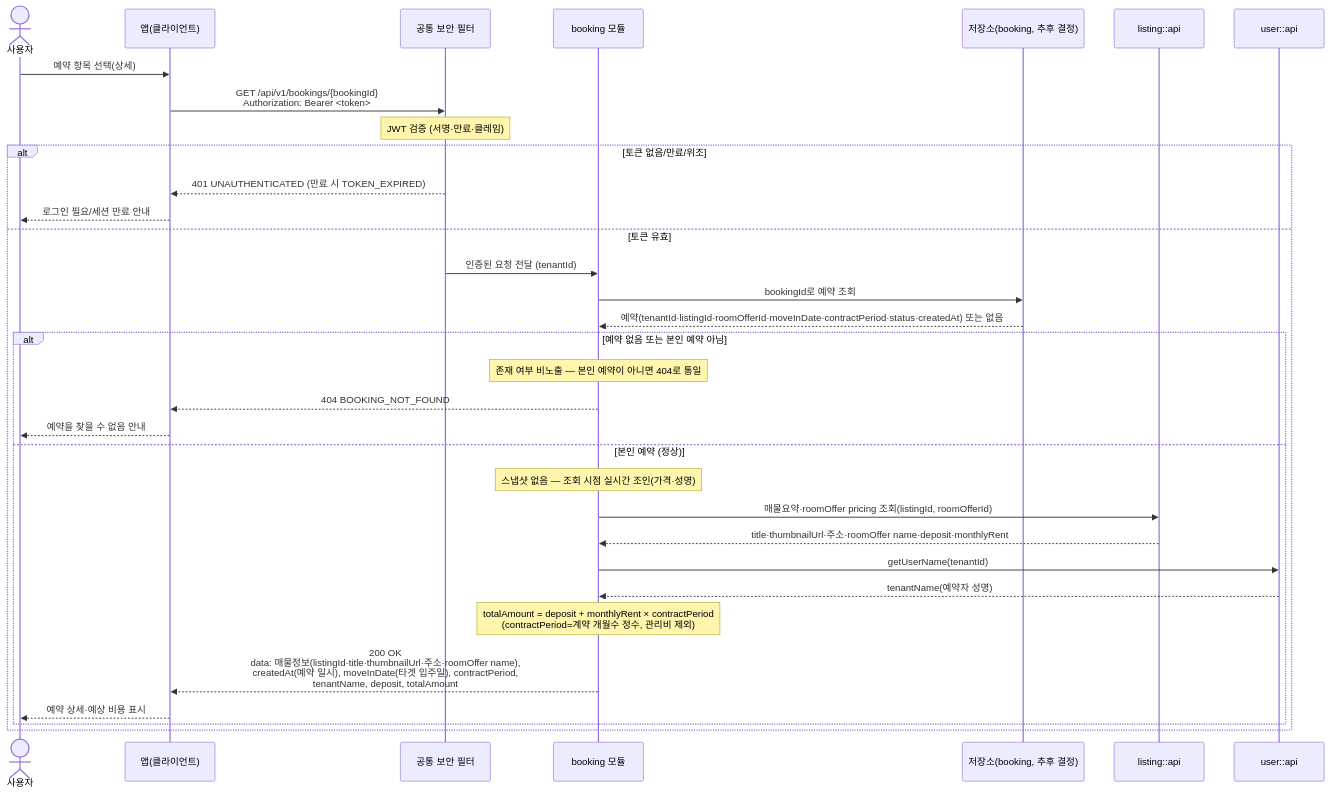
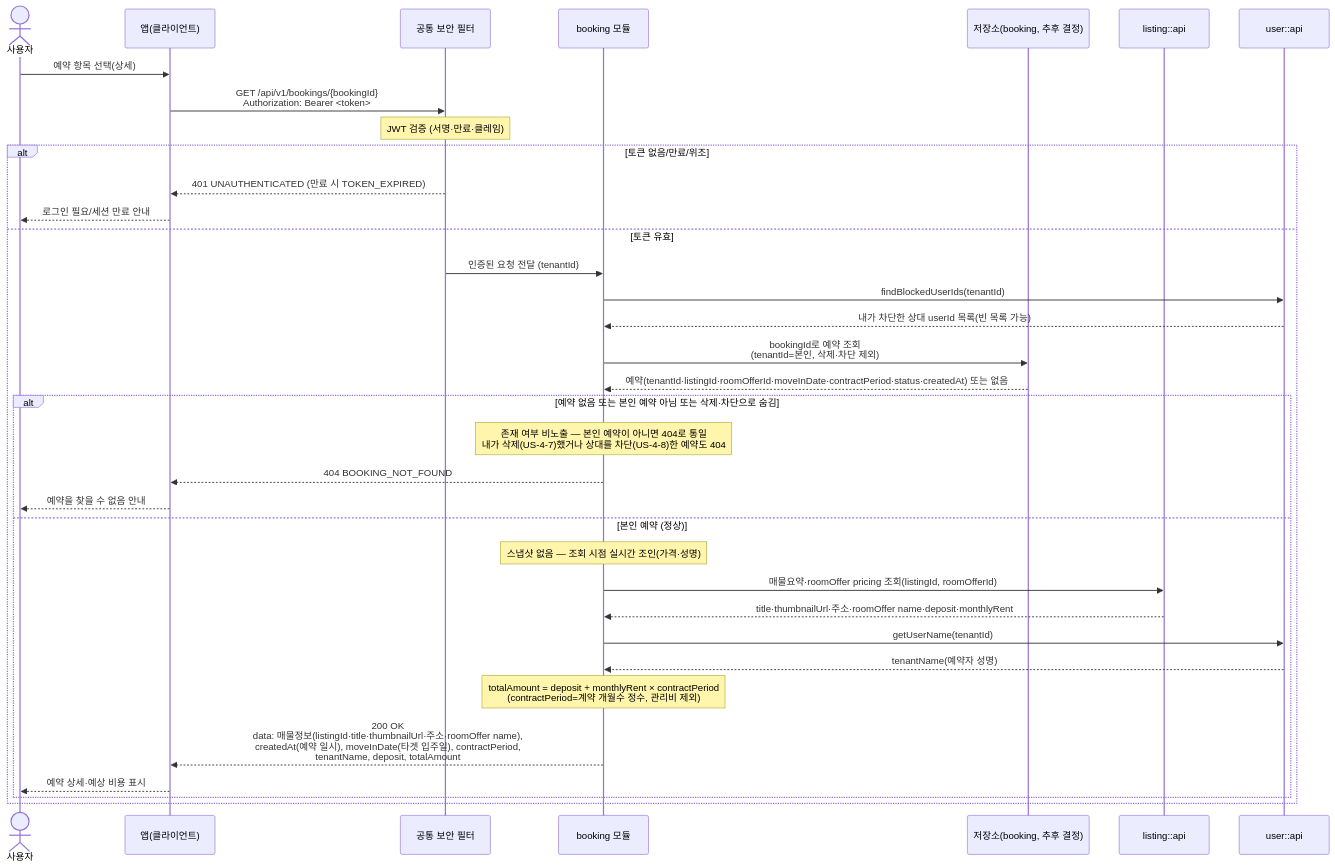
The second of 2 diagrams in docs/architecture/sequence-diagrams/04-booking-inquiry-chat/us-4-2-booking-retrieve.md (jameskim9509/Kohere-backend), drawn with Mermaid before and after one commit. The commit also changed other lines of this file and 17 other files, not shown here.

````diff
--- a/docs/architecture/sequence-diagrams/04-booking-inquiry-chat/us-4-2-booking-retrieve.md
+++ b/docs/architecture/sequence-diagrams/04-booking-inquiry-chat/us-4-2-booking-retrieve.md
@@ -34,38 +37,40 @@
 ```mermaid
 sequenceDiagram
     actor U as 사용자
     participant C as 앱(클라이언트)
     participant SEC as 공통 보안 필터
     participant BOOK as booking 모듈
     participant XDB as 저장소(booking, 추후 결정)
     participant LIST as listing::api
     participant USER as user::api
 
     U->>C: 예약 항목 선택(상세)
     C->>SEC: GET /api/v1/bookings/{bookingId}<br/>Authorization: Bearer <token>
     Note over SEC: JWT 검증 (서명·만료·클레임)
 
     alt 토큰 없음/만료/위조
         SEC-->>C: 401 UNAUTHENTICATED (만료 시 TOKEN_EXPIRED)
         C-->>U: 로그인 필요/세션 만료 안내
     else 토큰 유효
         SEC->>BOOK: 인증된 요청 전달 (tenantId)
-        BOOK->>XDB: bookingId로 예약 조회
+        BOOK->>USER: findBlockedUserIds(tenantId)
+        USER-->>BOOK: 내가 차단한 상대 userId 목록(빈 목록 가능)
+        BOOK->>XDB: bookingId로 예약 조회<br/>(tenantId=본인, 삭제·차단 제외)
         XDB-->>BOOK: 예약(tenantId·listingId·roomOfferId·moveInDate·contractPeriod·status·createdAt) 또는 없음
 
-        alt 예약 없음 또는 본인 예약 아님
-            Note over BOOK: 존재 여부 비노출 — 본인 예약이 아니면 404로 통일
+        alt 예약 없음 또는 본인 예약 아님 또는 삭제·차단으로 숨김
+            Note over BOOK: 존재 여부 비노출 — 본인 예약이 아니면 404로 통일<br/>내가 삭제(US-4-7)했거나 상대를 차단(US-4-8)한 예약도 404
             BOOK-->>C: 404 BOOKING_NOT_FOUND
             C-->>U: 예약을 찾을 수 없음 안내
         else 본인 예약 (정상)
             Note over BOOK: 스냅샷 없음 — 조회 시점 실시간 조인(가격·성명)
             BOOK->>LIST: 매물요약·roomOffer pricing 조회(listingId, roomOfferId)
             LIST-->>BOOK: title·thumbnailUrl·주소·roomOffer name·deposit·monthlyRent
             BOOK->>USER: getUserName(tenantId)
             USER-->>BOOK: tenantName(예약자 성명)
             Note over BOOK: totalAmount = deposit + monthlyRent × contractPeriod<br/>(contractPeriod=계약 개월수 정수, 관리비 제외)
             BOOK-->>C: 200 OK<br/>data: 매물정보(listingId·title·thumbnailUrl·주소·roomOffer name),<br/>createdAt(예약 일시), moveInDate(타겟 입주일), contractPeriod,<br/>tenantName, deposit, totalAmount
             C-->>U: 예약 상세·예상 비용 표시
         end
     end
 ```
````
